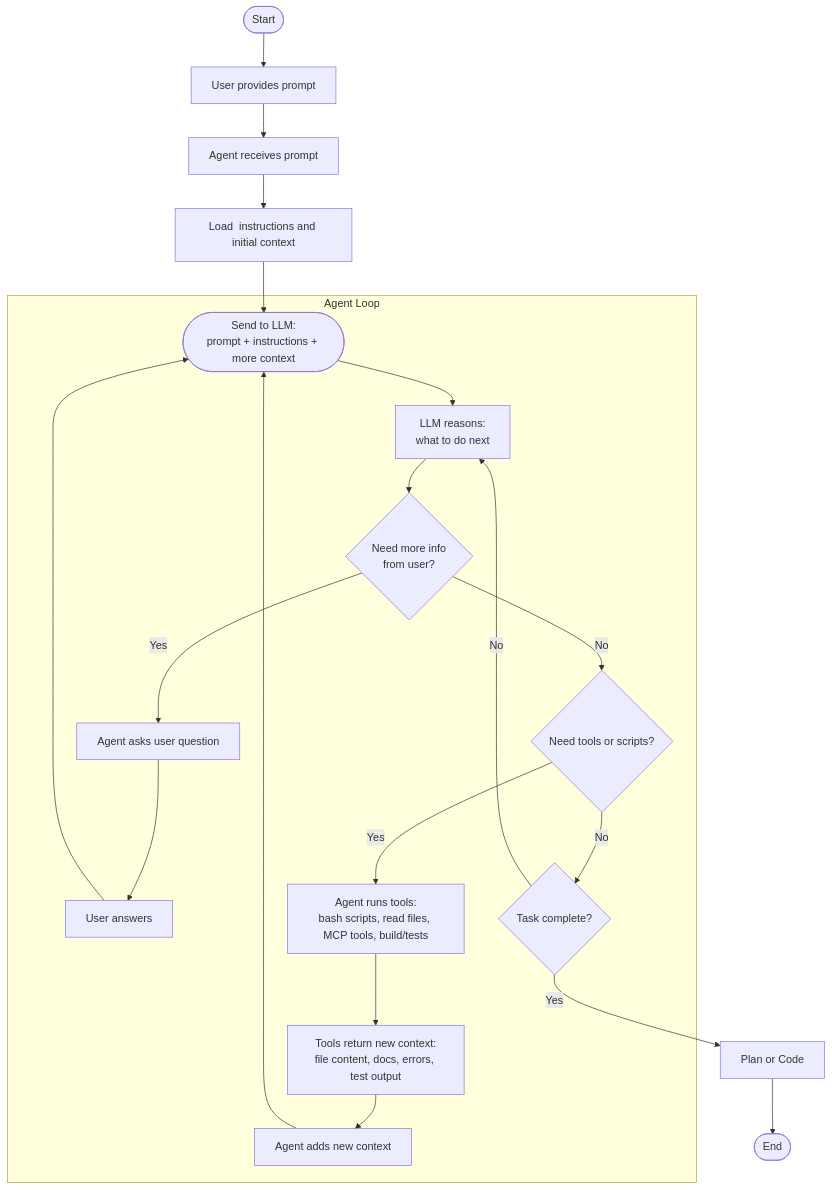
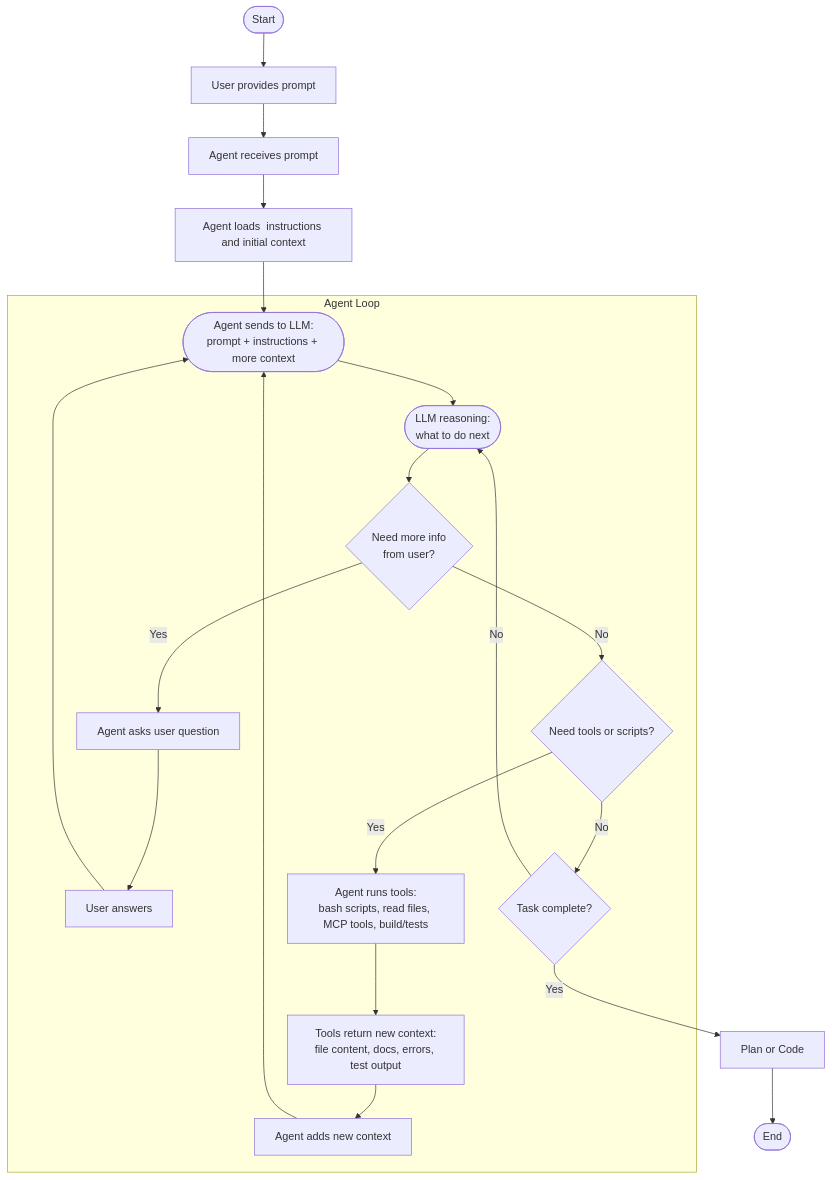
One commit to iJustHelp/dev-context-mcp-server changed the first of 3 diagrams in design/theory.md. Above: the diagram before and after it, drawn with Mermaid.

````diff
--- a/design/theory.md
+++ b/design/theory.md
@@ -6,37 +6,37 @@
 ```mermaid
 flowchart TD
     Start([Start]) --> UserPrompt[User provides prompt]
 
     UserPrompt --> Agent[Agent receives prompt]
 
-    Agent --> LoadContext[Load  instructions and initial context]
+    Agent --> LoadContext[Agent loads  instructions and initial context]
 
-    LoadContext --> SendToLLM([Send to LLM:<br/>prompt + instructions + more context])
+    LoadContext --> SendToLLM([Agent sends to LLM:<br/>prompt + instructions + more context])
 
 subgraph Loop["Agent Loop"]
-    SendToLLM --> LLMThink[LLM reasons:<br/>what to do next]
+    SendToLLM --> LLMThink([LLM reasoning:<br/>what to do next])
 
     LLMThink --> NeedQuestion{Need more info<br/>from user?}
 
     NeedQuestion -- Yes --> AskUser[Agent asks user question]
     AskUser --> UserAnswer[User answers]
     UserAnswer --> SendToLLM
 
     NeedQuestion -- No --> NeedTools{Need tools or scripts?}
 
     NeedTools -- Yes --> RunTools[Agent runs tools:<br/>bash scripts, read files, MCP tools, build/tests]
     RunTools --> ToolOutput[Tools return new context:<br/>file content, docs, errors, test output]
 
     ToolOutput --> UpdateContext[Agent adds new context]
     UpdateContext --> SendToLLM
 
     NeedTools -- No --> DoneCheck{Task complete?}
 
     DoneCheck -- No --> LLMThink
 
 end
 
     DoneCheck -- Yes --> FinalResult[Plan or Code]
 
     FinalResult --> End([End])
 ```
````
